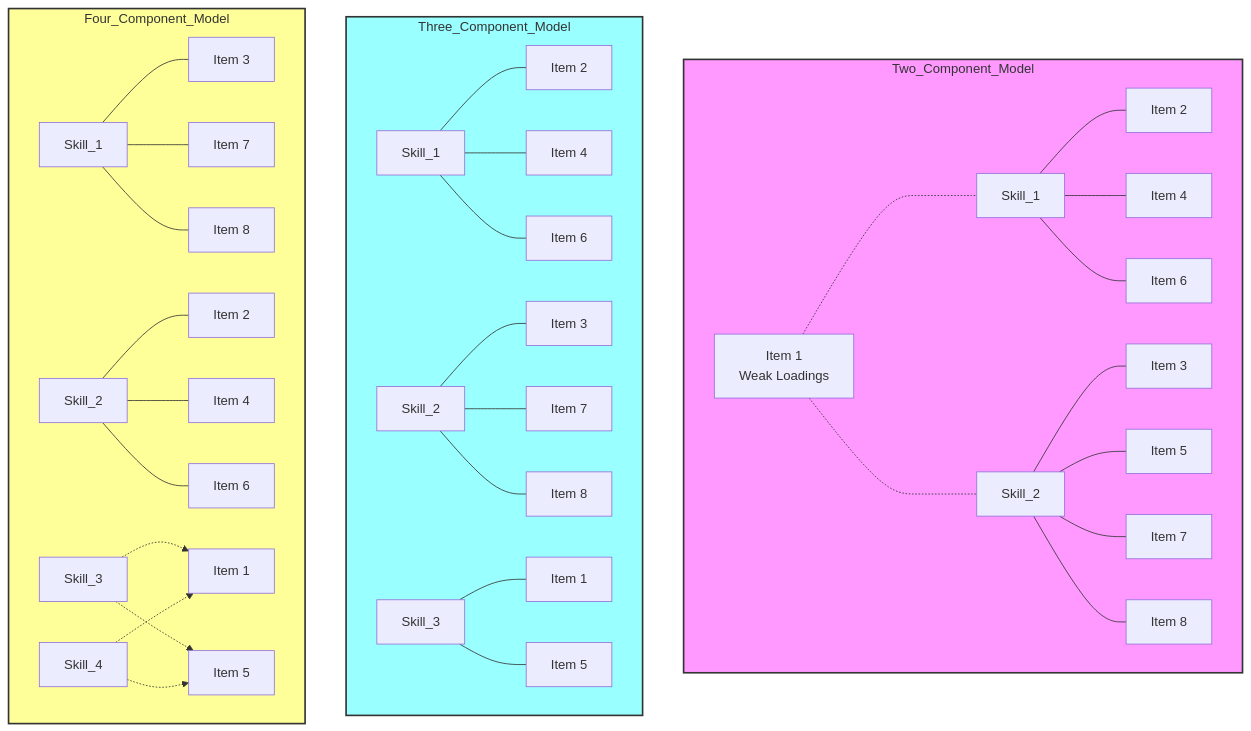
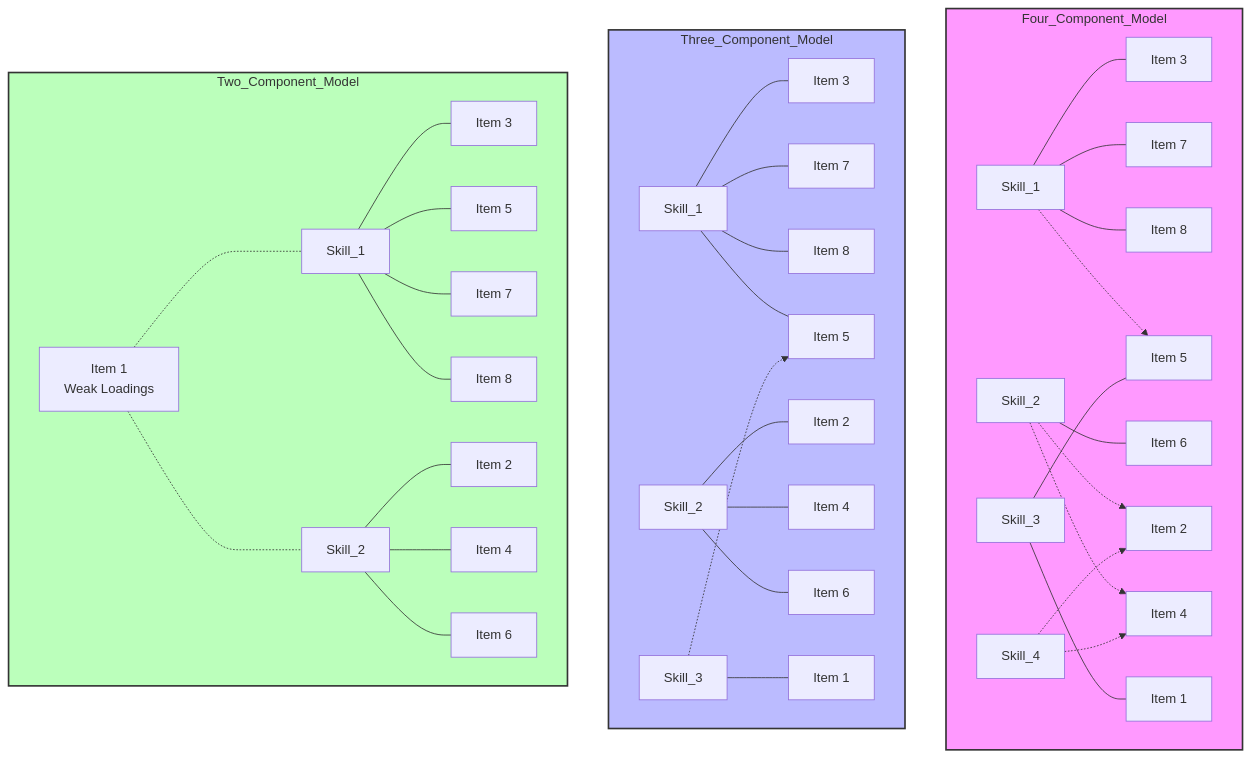
Before and after one commit to baker-jr-john/Website: the second of 3 diagrams in educ_6191_001/creative_assignments/assignment_3/index.qmd, drawn with Mermaid. The commit also changed other lines of this file and 17 other files, not shown here.

````diff
--- a/educ_6191_001/creative_assignments/assignment_3/index.qmd
+++ b/educ_6191_001/creative_assignments/assignment_3/index.qmd
@@ -566,49 +617,51 @@
 ```{mermaid}
 graph TB
+    subgraph Four_Component_Model
+        FC_S1[Skill_1] --- FC_I3[Item 3]
+        FC_S1 --- FC_I7[Item 7]
+        FC_S1 --- FC_I8[Item 8]
+        FC_S1 -.-> FC_I5[Item 5]
+        
+        FC_S2[Skill_2] --- FC_I6[Item 6]
+        FC_S2 -.-> FC_I2[Item 2]
+        FC_S2 -.-> FC_I4[Item 4]
+        
+        FC_S3[Skill_3] --- FC_I1[Item 1]
+        FC_S3 --- FC_I5
+        
+        FC_S4[Skill_4] -.-> FC_I2
+        FC_S4 -.-> FC_I4
+    end
+    
+    subgraph Three_Component_Model
+        TH_S1[Skill_1] --- TH_I3[Item 3]
+        TH_S1 --- TH_I7[Item 7]
+        TH_S1 --- TH_I8[Item 8]
+        TH_S1 --- TH_I5[Item 5]
+        
+        TH_S2[Skill_2] --- TH_I2[Item 2]
+        TH_S2 --- TH_I4[Item 4]
+        TH_S2 --- TH_I6[Item 6]
+        
+        TH_S3[Skill_3] --- TH_I1[Item 1]
+        TH_S3 -.-> TH_I5
+    end
+    
     subgraph Two_Component_Model
-        TC_S1[Skill_1] --- TC_I2[Item 2]
-        TC_S1 --- TC_I4[Item 4]
-        TC_S1 --- TC_I6[Item 6]
+        TC_S1[Skill_1] --- TC_I3[Item 3]
+        TC_S1 --- TC_I5[Item 5]
+        TC_S1 --- TC_I7[Item 7]
+        TC_S1 --- TC_I8[Item 8]
         
-        TC_S2[Skill_2] --- TC_I3[Item 3]
-        TC_S2 --- TC_I5[Item 5]
-        TC_S2 --- TC_I7[Item 7]
-        TC_S2 --- TC_I8[Item 8]
+        TC_S2[Skill_2] --- TC_I2[Item 2]
+        TC_S2 --- TC_I4[Item 4]
+        TC_S2 --- TC_I6[Item 6]
         
         TC_I1[Item 1<br/>Weak Loadings] -..- TC_S1
         TC_I1 -..- TC_S2
     end
-    
-    subgraph Three_Component_Model
-        TH_S1[Skill_1] --- TH_I2[Item 2]
-        TH_S1 --- TH_I4[Item 4]
-        TH_S1 --- TH_I6[Item 6]
-        
-        TH_S2[Skill_2] --- TH_I3[Item 3]
-        TH_S2 --- TH_I7[Item 7]
-        TH_S2 --- TH_I8[Item 8]
-        
-        TH_S3[Skill_3] --- TH_I1[Item 1]
-        TH_S3 --- TH_I5[Item 5]
-    end
-    
-    subgraph Four_Component_Model
-        FC_S1[Skill_1] --- FC_I3[Item 3]
-        FC_S1 --- FC_I7[Item 7]
-        FC_S1 --- FC_I8[Item 8]
-        
-        FC_S2[Skill_2] --- FC_I2[Item 2]
-        FC_S2 --- FC_I4[Item 4]
-        FC_S2 --- FC_I6[Item 6]
-        
-        FC_S3[Skill_3] -.-> FC_I1[Item 1]
-        FC_S4[Skill_4] -.-> FC_I1
-        
-        FC_S3 -.-> FC_I5[Item 5]
-        FC_S4 -.-> FC_I5
-    end
 
-    style Two_Component_Model fill:#f9f,stroke:#333,stroke-width:2px
-    style Three_Component_Model fill:#9ff,stroke:#333,stroke-width:2px
-    style Four_Component_Model fill:#ff9,stroke:#333,stroke-width:2px
+    style Two_Component_Model fill:#bfb,stroke:#333,stroke-width:2px
+    style Three_Component_Model fill:#bbf,stroke:#333,stroke-width:2px
+    style Four_Component_Model fill:#f9f,stroke:#333,stroke-width:2px
 ```
````
